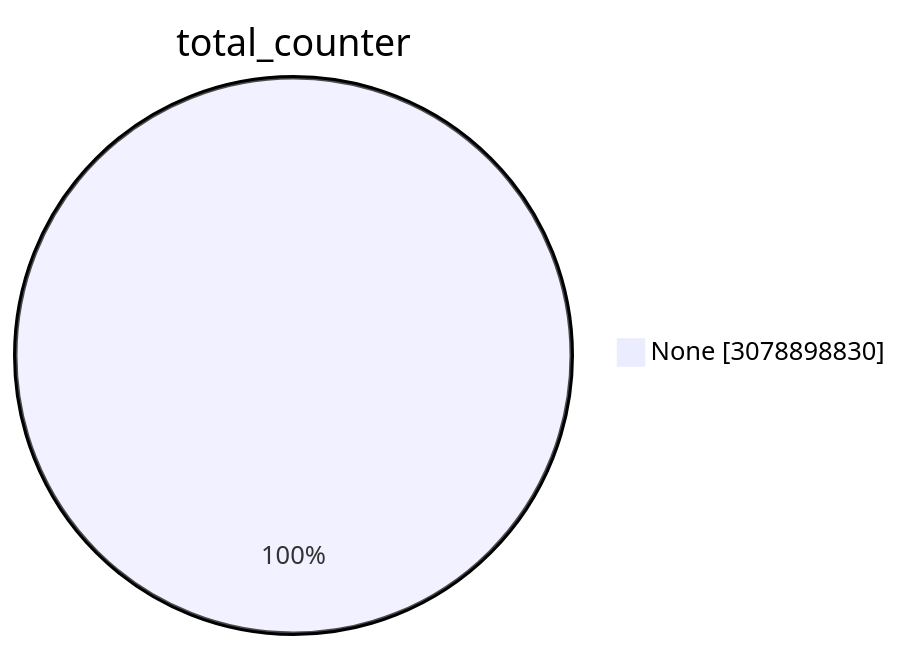
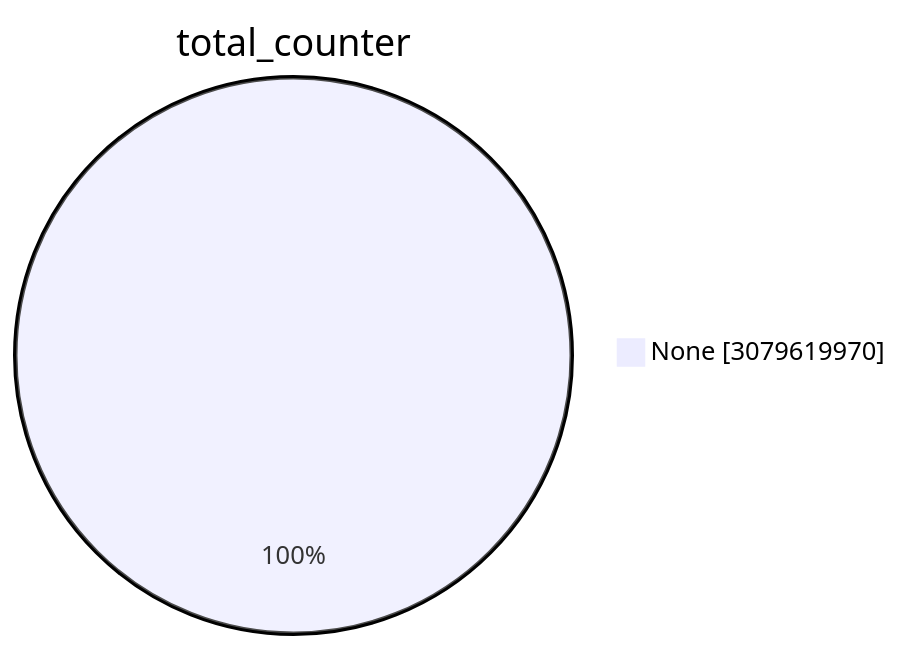
One commit to christiankrug/ctmonitor_visualization changed the first of 15 diagrams in TOTAL/README.md. Above: the diagram before and after it, drawn with Mermaid. The commit also changed other lines of this file, not shown here.

````diff
--- a/TOTAL/README.md
+++ b/TOTAL/README.md
@@ -1,5 +1,5 @@
 ```mermaid
 pie showData
 title total_counter
-"None" :3078898830
+"None" :3079619970
 ```
````
